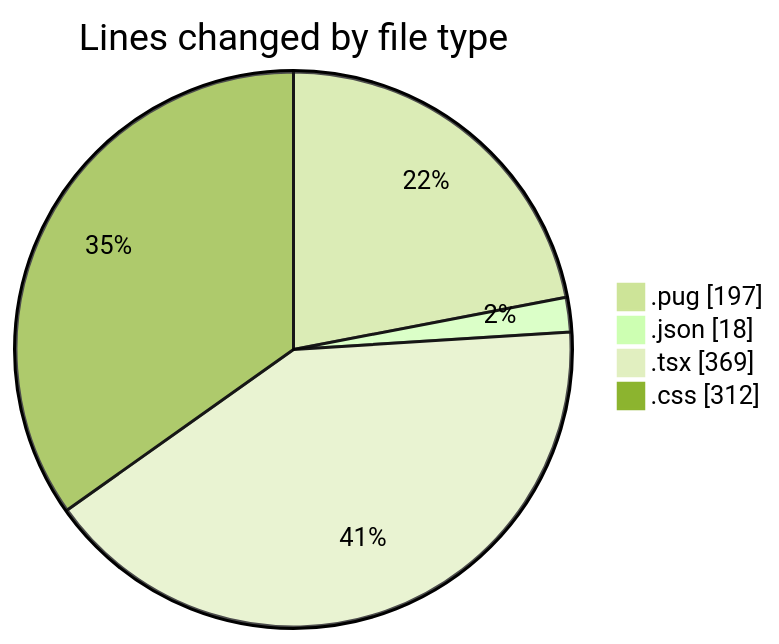
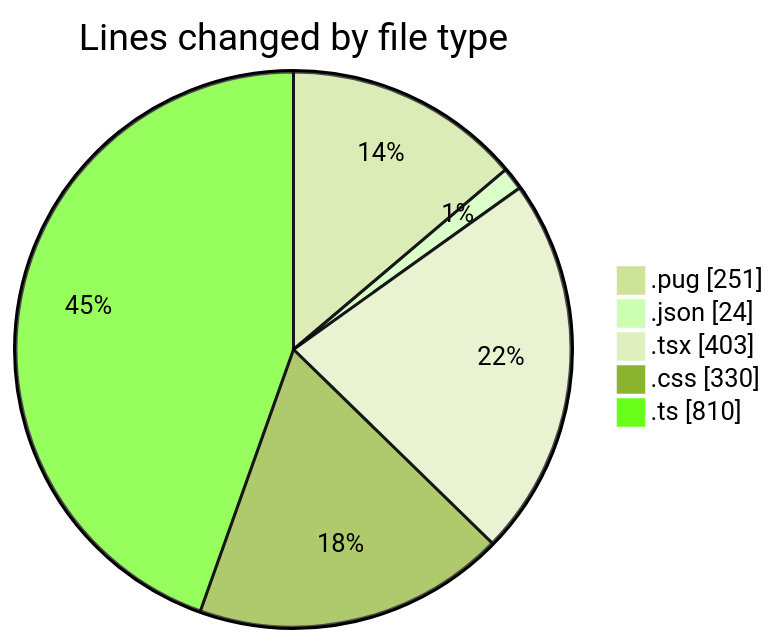
One commit to momahboobian/code-tracking changed the first of 2 diagrams in 2025-11-04/cda/README.md. Above: the diagram before and after it, drawn with Mermaid (forest theme). The commit also changed other lines of this file and 1 other file, not shown here.

````diff
--- a/2025-11-04/cda/README.md
+++ b/2025-11-04/cda/README.md
@@ -23,8 +25,9 @@
 ```mermaid
 pie showData
 title Lines changed by file type
-".pug" : 197
-".json" : 18
-".tsx" : 369
-".css" : 312
+".pug" : 251
+".json" : 24
+".tsx" : 403
+".css" : 330
+".ts" : 810
 ```
````
